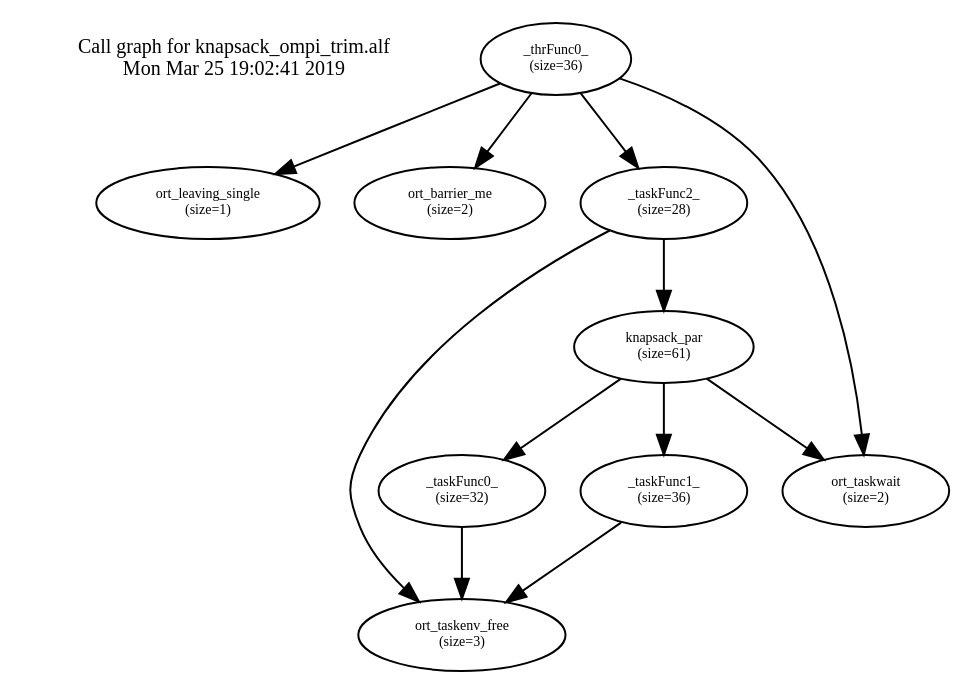
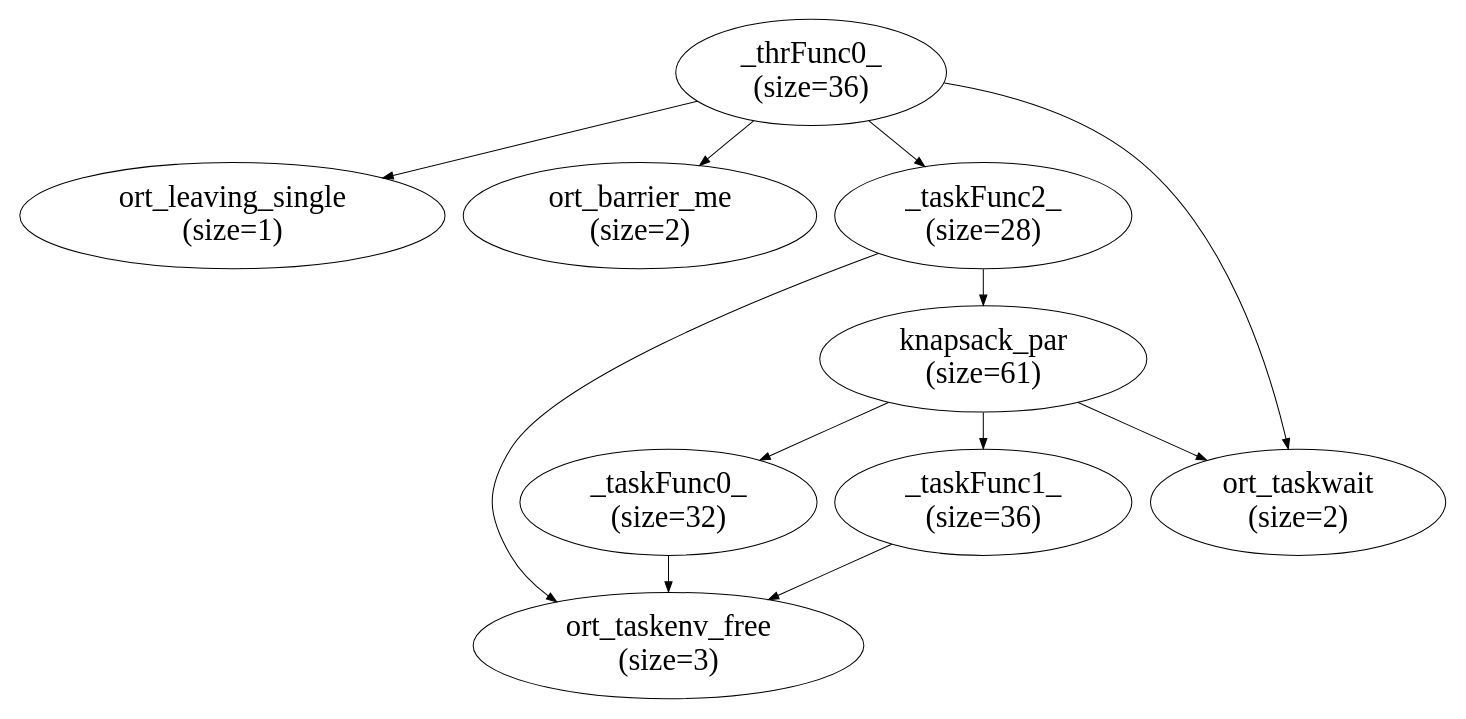
One commit to Kingtous/Bots_Task_Result changed the diagram in knapsack/callgraph/knapsack.dot. Above: the diagram before and after it, drawn with Graphviz. The commit also changed 510 other files, not shown here.

```diff
--- a/knapsack/callgraph/knapsack.dot
+++ b/knapsack/callgraph/knapsack.dot
@@ -1,30 +1,30 @@
 digraph "" {
   size="10,8";
   rankdir=TB;
   center=1;
   rotate=0;
    {
    node [shape=plaintext,fontsize=10];
-   "Call graph for knapsack_ompi_trim.alf\nMon Mar 25 19:02:41 2019"
+
    }
-   0 [label="_thrFunc0_\n(size=36)",fontsize=7]
-   1 [label="ort_leaving_single\n(size=1)",fontsize=7]
-   2 [label="ort_barrier_me\n(size=2)",fontsize=7]
-   3 [label="_taskFunc2_\n(size=28)",fontsize=7]
-   4 [label="knapsack_par\n(size=61)",fontsize=7]
-   5 [label="_taskFunc0_\n(size=32)",fontsize=7]
-   6 [label="ort_taskenv_free\n(size=3)",fontsize=7]
-   7 [label="_taskFunc1_\n(size=36)",fontsize=7]
-   8 [label="ort_taskwait\n(size=2)",fontsize=7]
+   0 [label="_thrFunc0_\n(size=36)",fontsize=30]
+   1 [label="ort_leaving_single\n(size=1)",fontsize=30]
+   2 [label="ort_barrier_me\n(size=2)",fontsize=30]
+   3 [label="_taskFunc2_\n(size=28)",fontsize=30]
+   4 [label="knapsack_par\n(size=61)",fontsize=30]
+   5 [label="_taskFunc0_\n(size=32)",fontsize=30]
+   6 [label="ort_taskenv_free\n(size=3)",fontsize=30]
+   7 [label="_taskFunc1_\n(size=36)",fontsize=30]
+   8 [label="ort_taskwait\n(size=2)",fontsize=30]
    0->1
    0->2
    0->3
    0->8
    3->4
    3->6
    4->5
    4->7
    4->8
    5->6
    7->6
 }
```
